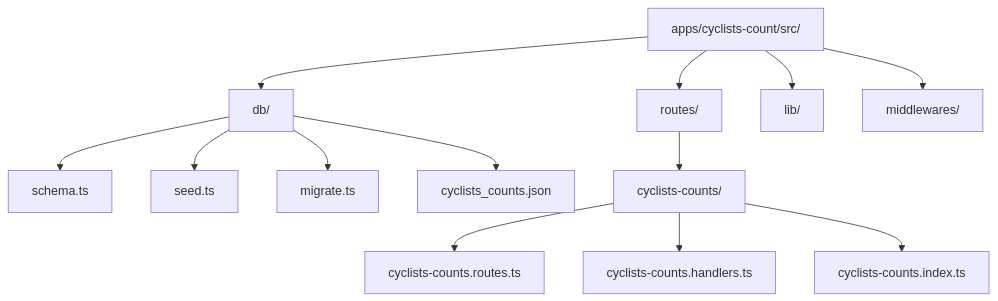
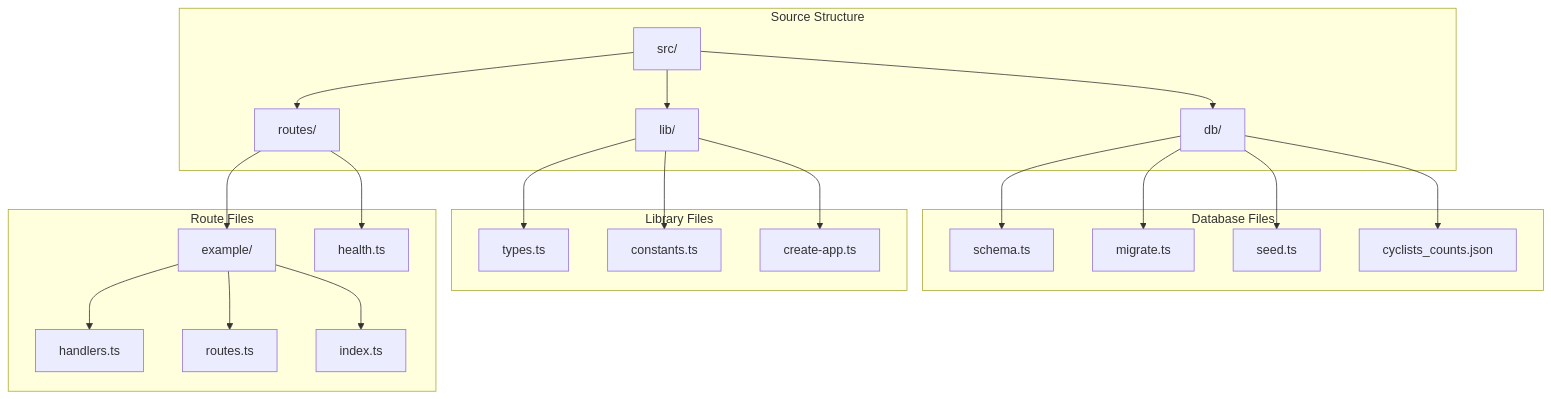
Before and after one commit to Ameciclo/atlas: the sixth of 9 diagrams in apps/cyclists-count/cyclists-count-architecture.md, drawn with Mermaid. The commit also changed other lines of this file and 2 other files, not shown here.

````diff
--- a/apps/cyclists-count/cyclists-count-architecture.md
+++ b/apps/cyclists-count/cyclists-count-architecture.md
@@ -50,17 +159,49 @@
 ```mermaid
 graph TD
-    A[apps/cyclists-count/src/] --> B[db/]
-    A --> C[routes/]
-    A --> D[lib/]
-    A --> E[middlewares/]
-    
-    B --> F[schema.ts]
-    B --> G[seed.ts]
-    B --> H[migrate.ts]
-    B --> I[cyclists_counts.json]
-    
-    C --> J[cyclists-counts/]
-    J --> K[cyclists-counts.routes.ts]
-    J --> L[cyclists-counts.handlers.ts]
-    J --> M[cyclists-counts.index.ts]
+    subgraph "Source Structure"
+        SRC[src/]
+        DB[db/]
+        LIB[lib/]
+        ROUTES[routes/]
+    end
+
+    subgraph "Database Files"
+        SCHEMA[schema.ts]
+        MIGRATE[migrate.ts]
+        SEED_FILE[seed.ts]
+        DATA[cyclists_counts.json]
+    end
+
+    subgraph "Library Files"
+        TYPES[types.ts]
+        CONSTANTS[constants.ts]
+        CREATE_APP[create-app.ts]
+    end
+
+    subgraph "Route Files"
+        EXAMPLE_ROUTES[example/]
+        HEALTH_ROUTES[health.ts]
+        HANDLERS_FILE[handlers.ts]
+        ROUTES_FILE[routes.ts]
+        INDEX_FILE[index.ts]
+    end
+
+    SRC --> DB
+    SRC --> LIB
+    SRC --> ROUTES
+
+    DB --> SCHEMA
+    DB --> MIGRATE
+    DB --> SEED_FILE
+    DB --> DATA
+
+    LIB --> TYPES
+    LIB --> CONSTANTS
+    LIB --> CREATE_APP
+
+    ROUTES --> EXAMPLE_ROUTES
+    ROUTES --> HEALTH_ROUTES
+    EXAMPLE_ROUTES --> HANDLERS_FILE
+    EXAMPLE_ROUTES --> ROUTES_FILE
+    EXAMPLE_ROUTES --> INDEX_FILE
 ```
````
